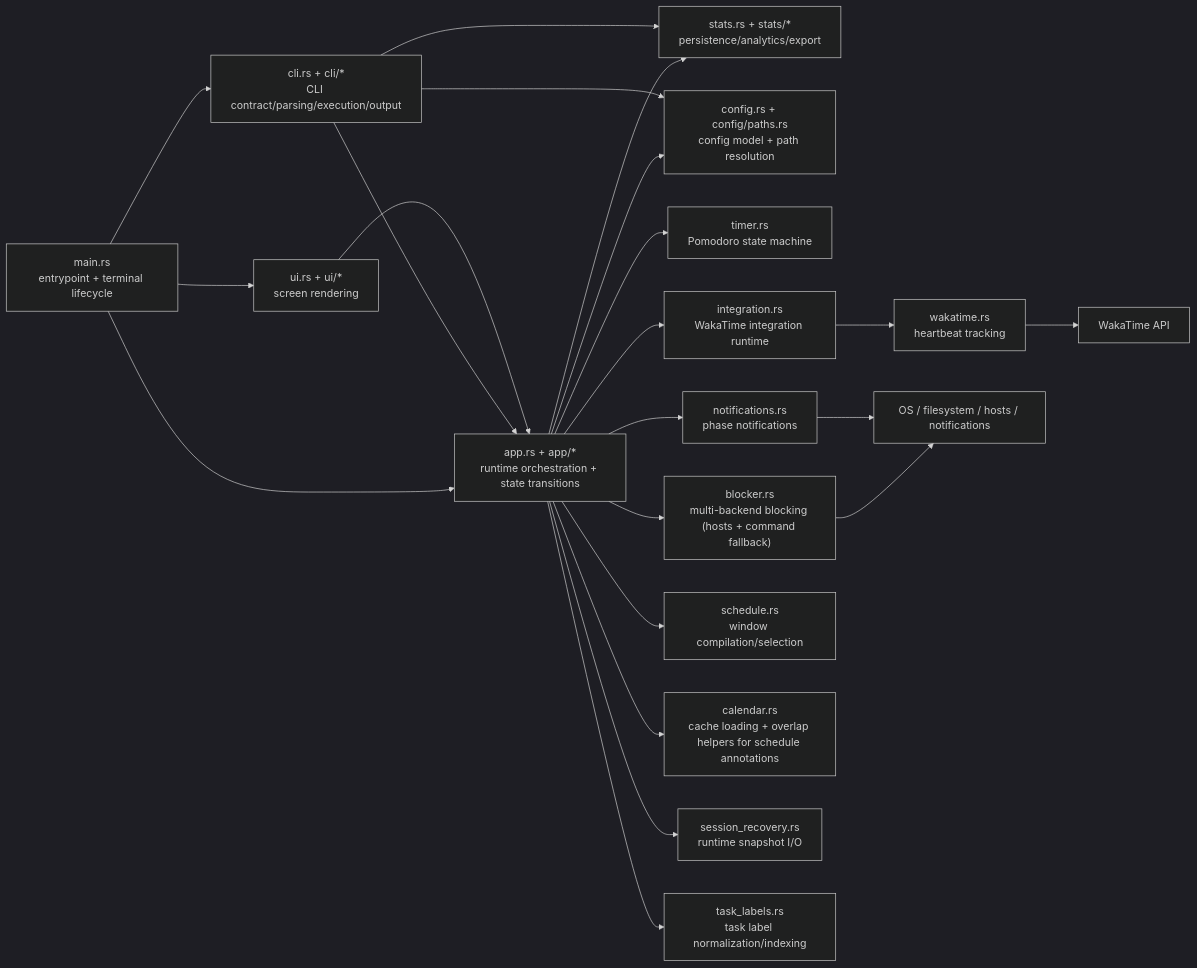
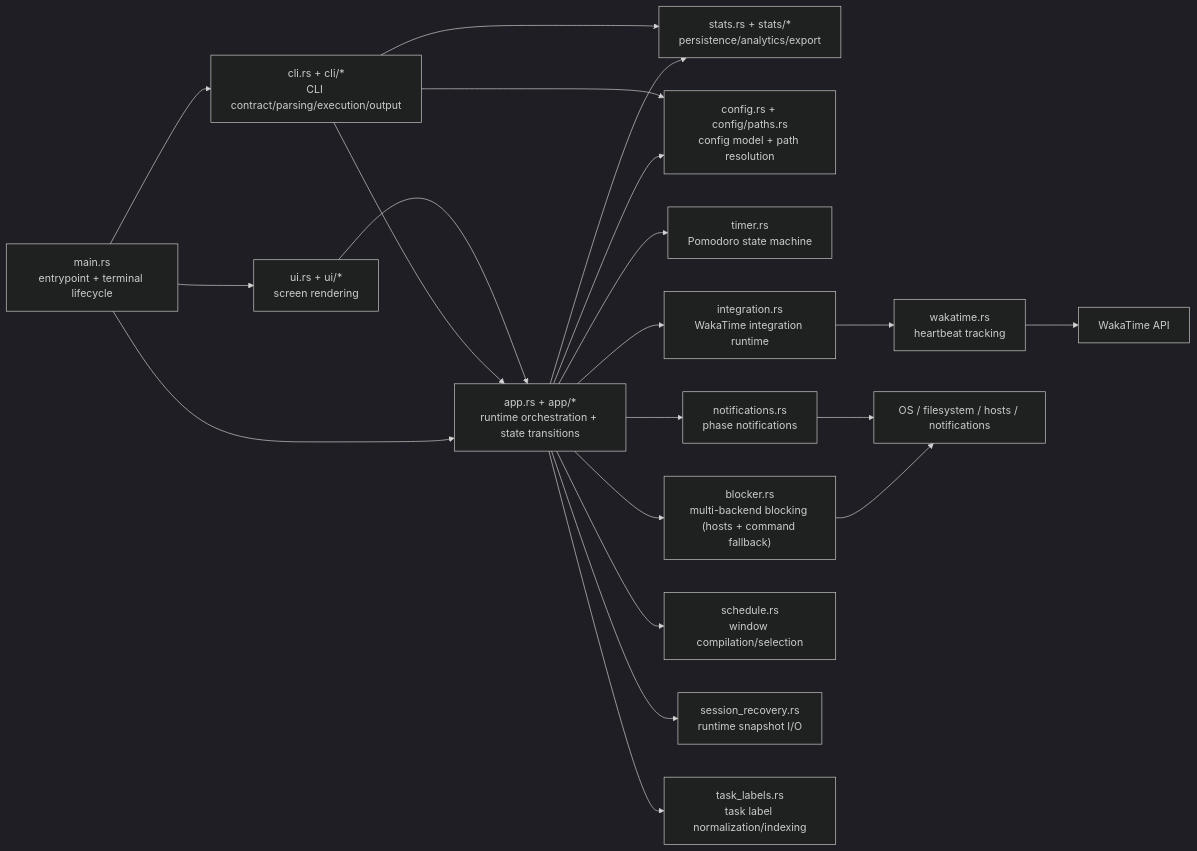
One commit to utilForever/focustime changed the first of 2 diagrams in ARCHITECTURE.md. Above: the diagram before and after it, drawn with Mermaid (dark theme). The commit also changed other lines of this file and 4 other files, not shown here.

````diff
--- a/ARCHITECTURE.md
+++ b/ARCHITECTURE.md
@@ -10,42 +10,40 @@
 ```mermaid
 flowchart LR
     M["main.rs<br/>entrypoint + terminal lifecycle"]
     CLI["cli.rs + cli/*<br/>CLI contract/parsing/execution/output"]
     APP["app.rs + app/*<br/>runtime orchestration + state transitions"]
     UI["ui.rs + ui/*<br/>screen rendering"]
     ST["stats.rs + stats/*<br/>persistence/analytics/export"]
     CFG["config.rs + config/paths.rs<br/>config model + path resolution"]
     TM["timer.rs<br/>Pomodoro state machine"]
     BL["blocker.rs<br/>multi-backend blocking (hosts + command fallback)"]
     IG["integration.rs<br/>WakaTime integration runtime"]
     WK["wakatime.rs<br/>heartbeat tracking"]
     NT["notifications.rs<br/>phase notifications"]
     SCH["schedule.rs<br/>window compilation/selection"]
-    CAL["calendar.rs<br/>cache loading + overlap helpers for schedule annotations"]
     REC["session_recovery.rs<br/>runtime snapshot I/O"]
     TL["task_labels.rs<br/>task label normalization/indexing"]
     OS["OS / filesystem / hosts / notifications"]
     API["WakaTime API"]
 
     M --> CLI
     M --> APP
     M --> UI
     APP --> CFG
     APP --> TM
     APP --> BL
     APP --> IG
     IG --> WK
     APP --> NT
     APP --> SCH
-    APP --> CAL
     APP --> ST
     APP --> TL
     APP --> REC
     CLI --> APP
     CLI --> CFG
     CLI --> ST
     UI --> APP
     BL --> OS
     NT --> OS
     WK --> API
 ```
````
